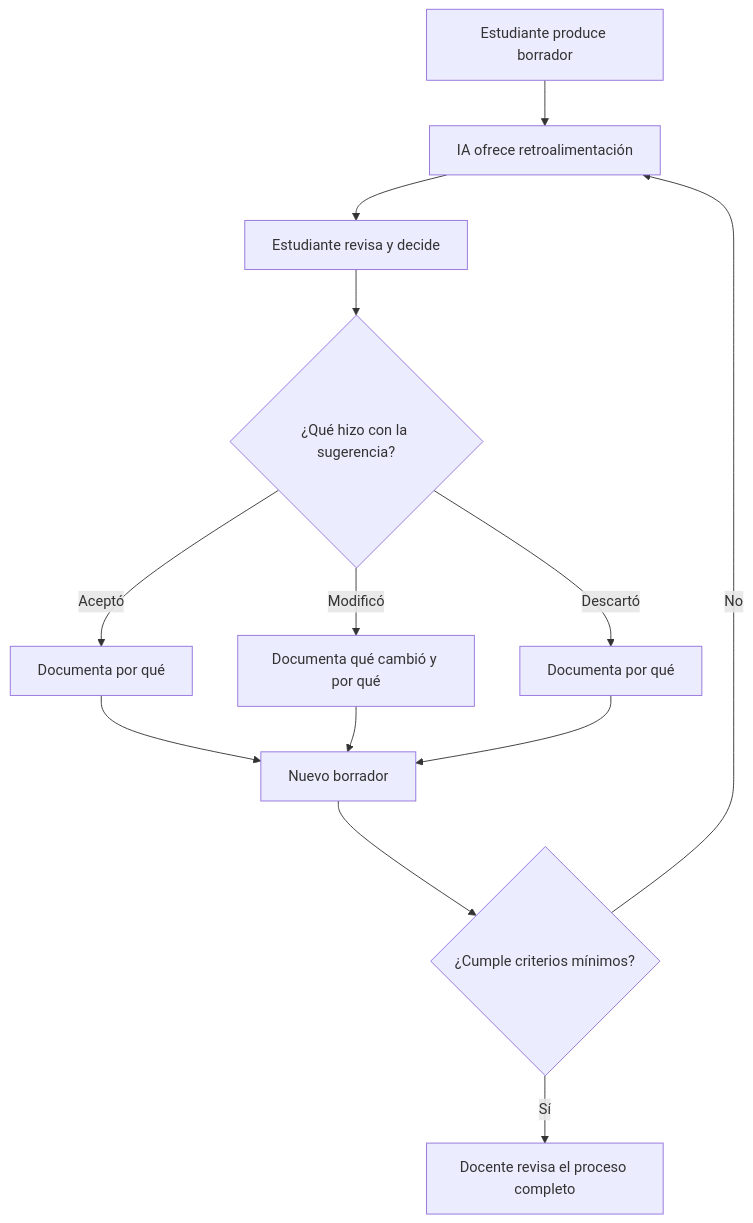
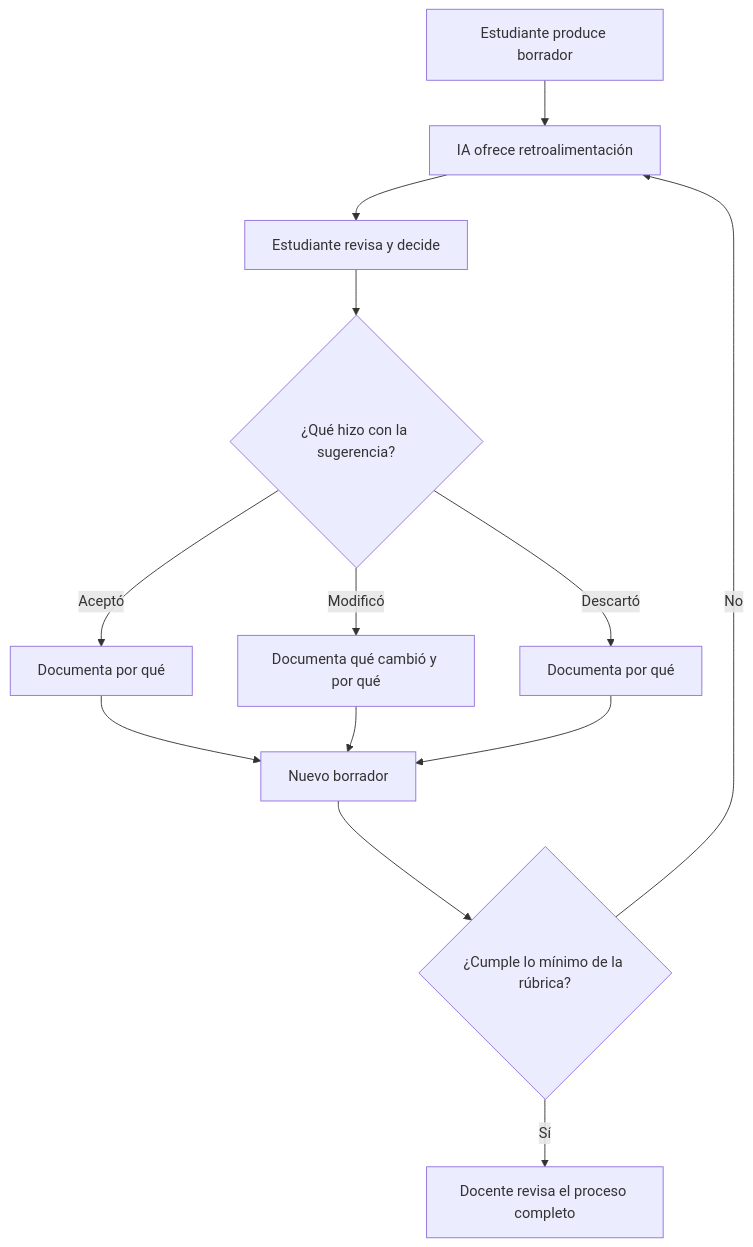
One commit to arqueon/aprendizaje-ia changed the diagram in content/ia-educacion/guias/evaluacion-formativa-ia/index.md. Above: the diagram before and after it, drawn with Mermaid. The commit also changed other lines of this file and 83 other files, not shown here.

```diff
--- a/content/ia-educacion/guias/evaluacion-formativa-ia/index.md
+++ b/content/ia-educacion/guias/evaluacion-formativa-ia/index.md
@@ -87,15 +104,15 @@
 {{< mermaid >}}
 flowchart TD
     A[Estudiante produce borrador] --> B[IA ofrece retroalimentación]
     B --> C[Estudiante revisa y decide]
     C --> D{¿Qué hizo con la sugerencia?}
     D -->|Aceptó| E[Documenta por qué]
     D -->|Modificó| F[Documenta qué cambió y por qué]
     D -->|Descartó| G[Documenta por qué]
     E --> H[Nuevo borrador]
     F --> H
     G --> H
-    H --> I{¿Cumple criterios mínimos?}
+    H --> I{¿Cumple lo mínimo de la rúbrica?}
     I -->|No| B
     I -->|Sí| J[Docente revisa el proceso completo]
 {{< /mermaid >}}
```
